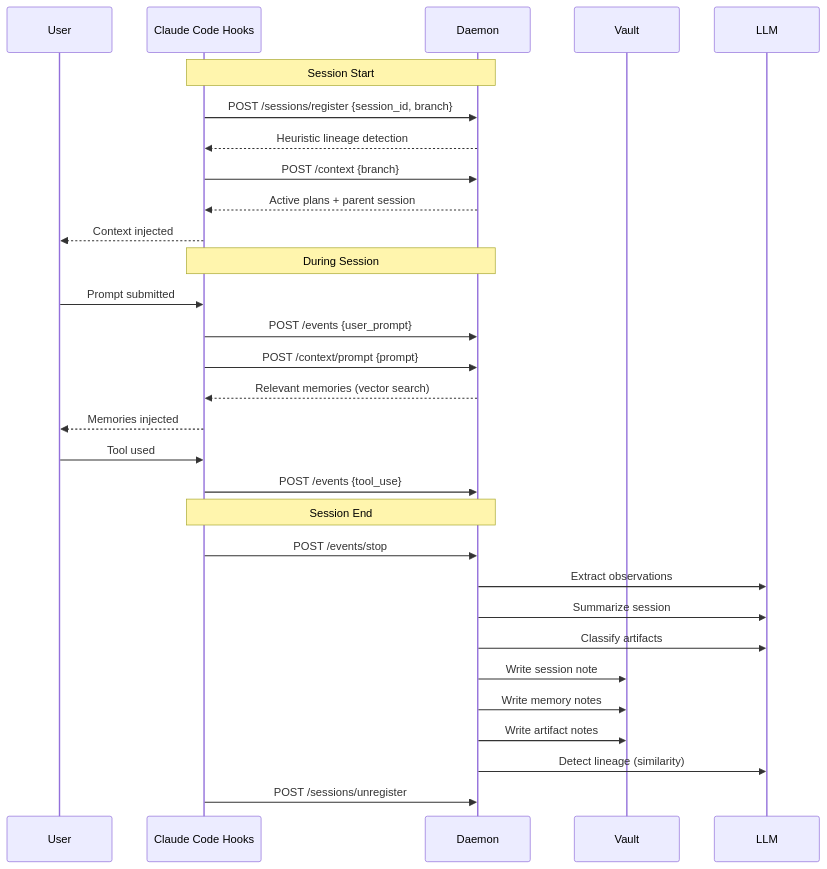
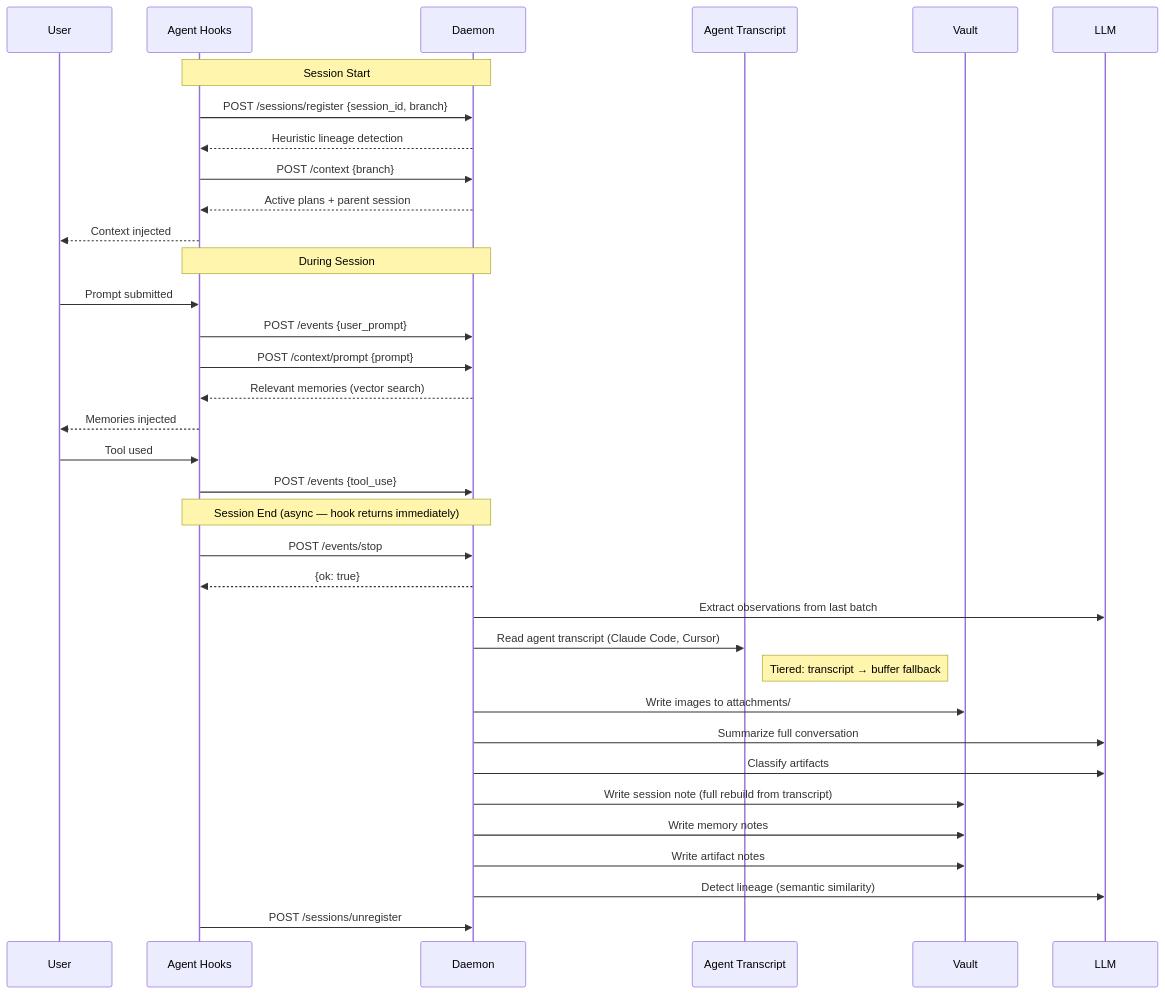
One commit to goondocks-co/myco changed the first of 6 diagrams in docs/lifecycle.md. Above: the diagram before and after it, drawn with Mermaid. The commit also changed other lines of this file and 6 other files, not shown here.

````diff
--- a/docs/lifecycle.md
+++ b/docs/lifecycle.md
@@ -7,36 +7,41 @@
 ```mermaid
 sequenceDiagram
     participant User
-    participant Hook as Claude Code Hooks
+    participant Hook as Agent Hooks
     participant Daemon
+    participant Transcript as Agent Transcript
     participant Vault
     participant LLM
 
     Note over Hook,Daemon: Session Start
     Hook->>Daemon: POST /sessions/register {session_id, branch}
     Daemon-->>Hook: Heuristic lineage detection
     Hook->>Daemon: POST /context {branch}
     Daemon-->>Hook: Active plans + parent session
     Hook-->>User: Context injected
 
     Note over Hook,Daemon: During Session
     User->>Hook: Prompt submitted
     Hook->>Daemon: POST /events {user_prompt}
     Hook->>Daemon: POST /context/prompt {prompt}
     Daemon-->>Hook: Relevant memories (vector search)
     Hook-->>User: Memories injected
 
     User->>Hook: Tool used
     Hook->>Daemon: POST /events {tool_use}
 
-    Note over Hook,Daemon: Session End
+    Note over Hook,Daemon: Session End (async — hook returns immediately)
     Hook->>Daemon: POST /events/stop
-    Daemon->>LLM: Extract observations
-    Daemon->>LLM: Summarize session
+    Daemon-->>Hook: {ok: true}
+    Daemon->>LLM: Extract observations from last batch
+    Daemon->>Transcript: Read agent transcript (Claude Code, Cursor)
+    Note right of Transcript: Tiered: transcript → buffer fallback
+    Daemon->>Vault: Write images to attachments/
+    Daemon->>LLM: Summarize full conversation
     Daemon->>LLM: Classify artifacts
-    Daemon->>Vault: Write session note
+    Daemon->>Vault: Write session note (full rebuild from transcript)
     Daemon->>Vault: Write memory notes
     Daemon->>Vault: Write artifact notes
-    Daemon->>LLM: Detect lineage (similarity)
+    Daemon->>LLM: Detect lineage (semantic similarity)
     Hook->>Daemon: POST /sessions/unregister
 ```
````
